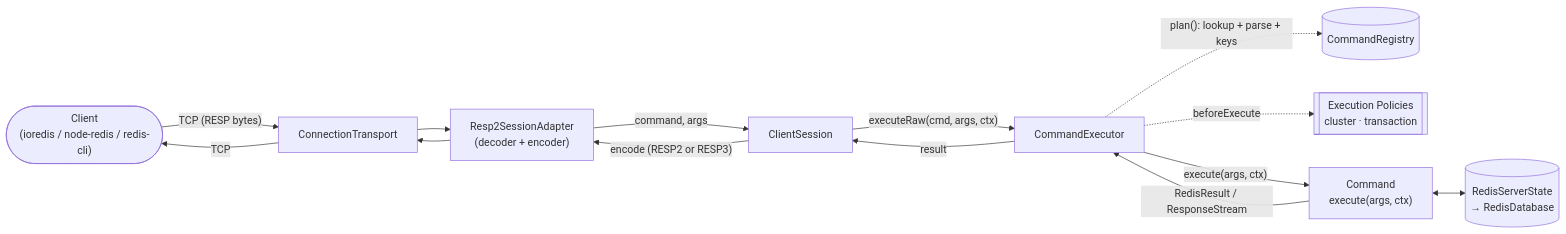
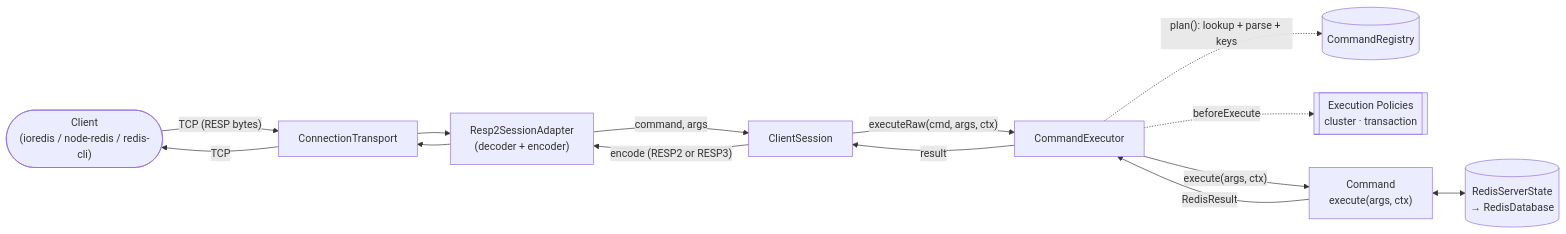
Before and after one commit to fatal10110/js-redis-server: the first of 6 diagrams in docs/ARCHITECTURE.md, drawn with Mermaid. The commit also changed other lines of this file and 21 other files, not shown here.

First line of the commit message:
refactor: remove ResponseStream; deliver SUBSCRIBE/MONITOR frames via the session push queue (#366)

````diff
--- a/docs/ARCHITECTURE.md
+++ b/docs/ARCHITECTURE.md
@@ -27,26 +27,26 @@
 ```mermaid
 flowchart LR
     A(["Client<br/>(ioredis / node-redis / redis-cli)"])
     B[ConnectionTransport]
     C["Resp2SessionAdapter<br/>(decoder + encoder)"]
     D[ClientSession]
     F[CommandExecutor]
     G[(CommandRegistry)]
     H[[Execution Policies<br/>cluster · transaction]]
     I["Command<br/>execute(args, ctx)"]
     J[(RedisServerState<br/>→ RedisDatabase)]
 
     A -- "TCP (RESP bytes)" --> B
     B --> C
     C -- "command, args" --> D
     D -- "executeRaw(cmd, args, ctx)" --> F
     F -. "plan(): lookup + parse + keys" .-> G
     F -. "beforeExecute" .-> H
     F -- "execute(args, ctx)" --> I
     I <--> J
-    I -- "RedisResult / ResponseStream" --> F
+    I -- "RedisResult" --> F
     F -- result --> D
     D -- "encode (RESP2 or RESP3)" --> C
     C --> B
     B -- TCP --> A
 ```
````
